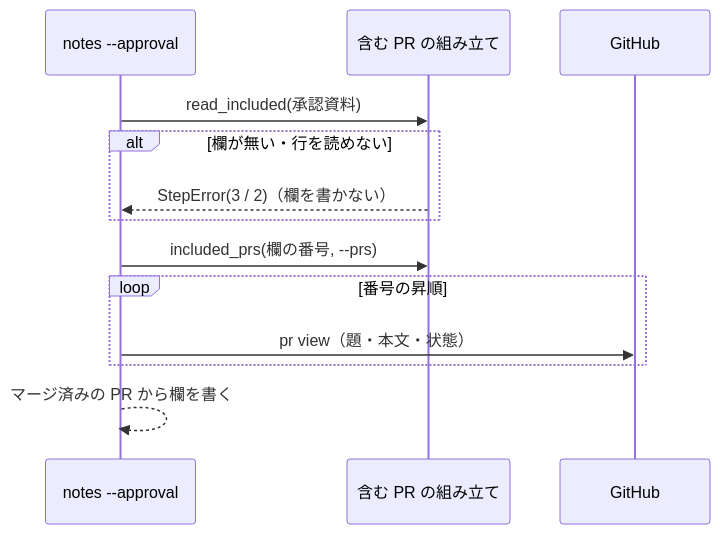
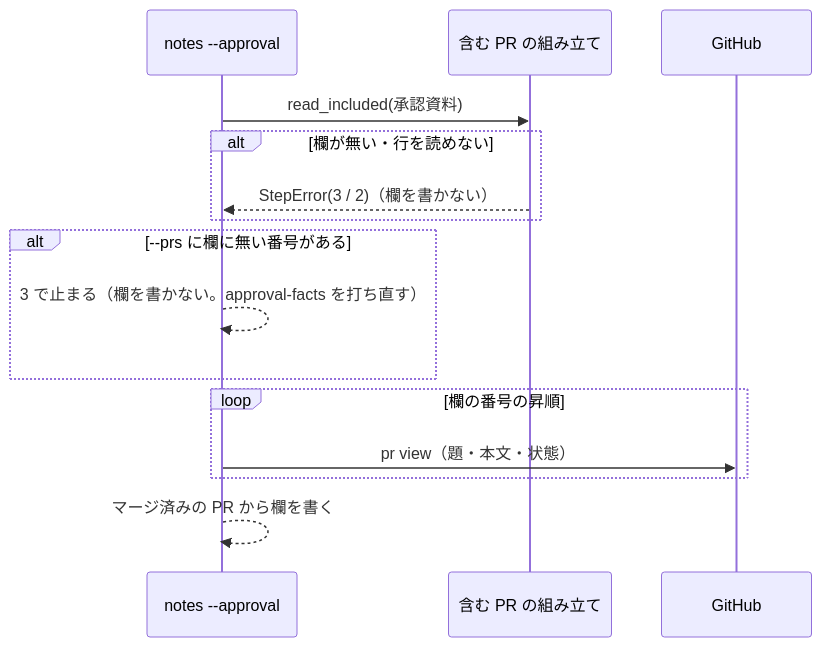
One commit to devbasex/ai-plugins changed the fifth of 5 diagrams in issues/issue-1274-design.md. Above: the diagram before and after it, drawn with Mermaid. The commit also changed other lines of this file and 1 other file, not shown here.

````diff
--- a/issues/issue-1274-design.md
+++ b/issues/issue-1274-design.md
@@ -243,15 +243,17 @@
 ```mermaid
 sequenceDiagram
     participant NA as notes --approval
     participant INC as 含む PR の組み立て
     participant H as GitHub
     NA->>INC: read_included(承認資料)
     alt 欄が無い・行を読めない
         INC-->>NA: StepError(3 / 2)（欄を書かない）
     end
-    NA->>INC: included_prs(欄の番号, --prs)
-    loop 番号の昇順
+    alt --prs に欄に無い番号がある
+        NA-->>NA: 3 で止まる（欄を書かない。approval-facts を打ち直す）
+    end
+    loop 欄の番号の昇順
         NA->>H: pr view（題・本文・状態）
     end
     NA-->>NA: マージ済みの PR から欄を書く
 ```
````
